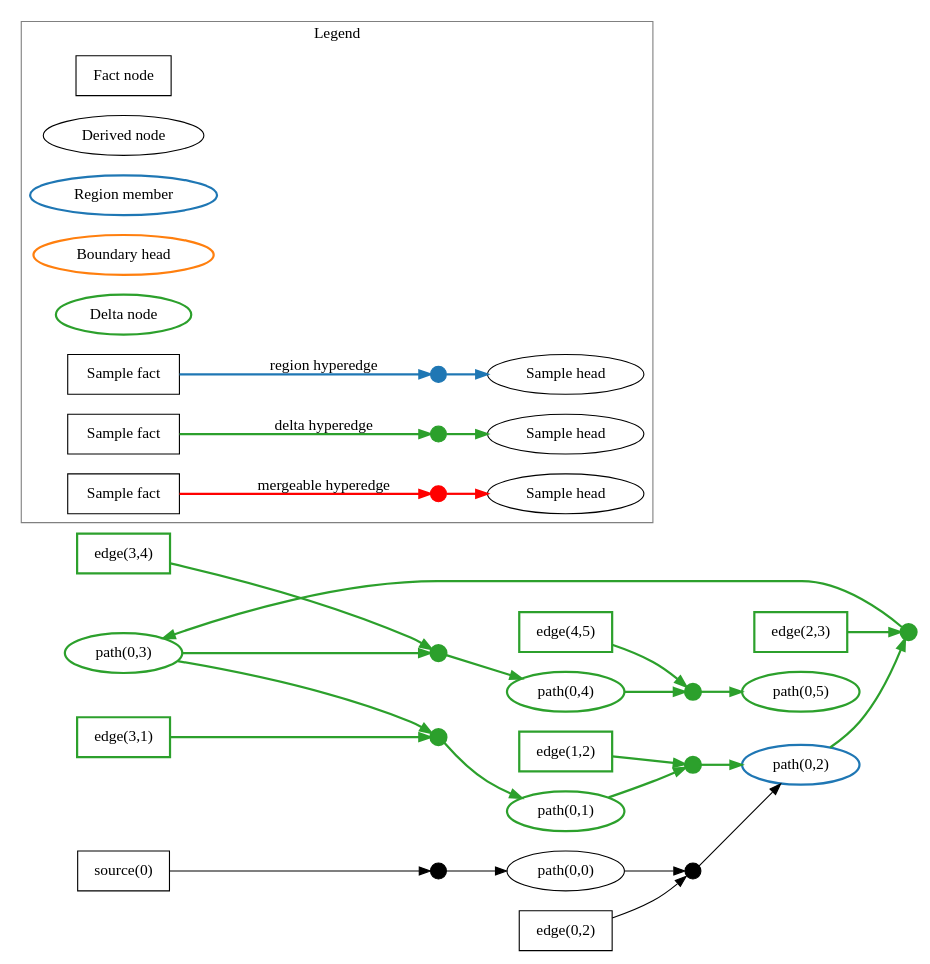
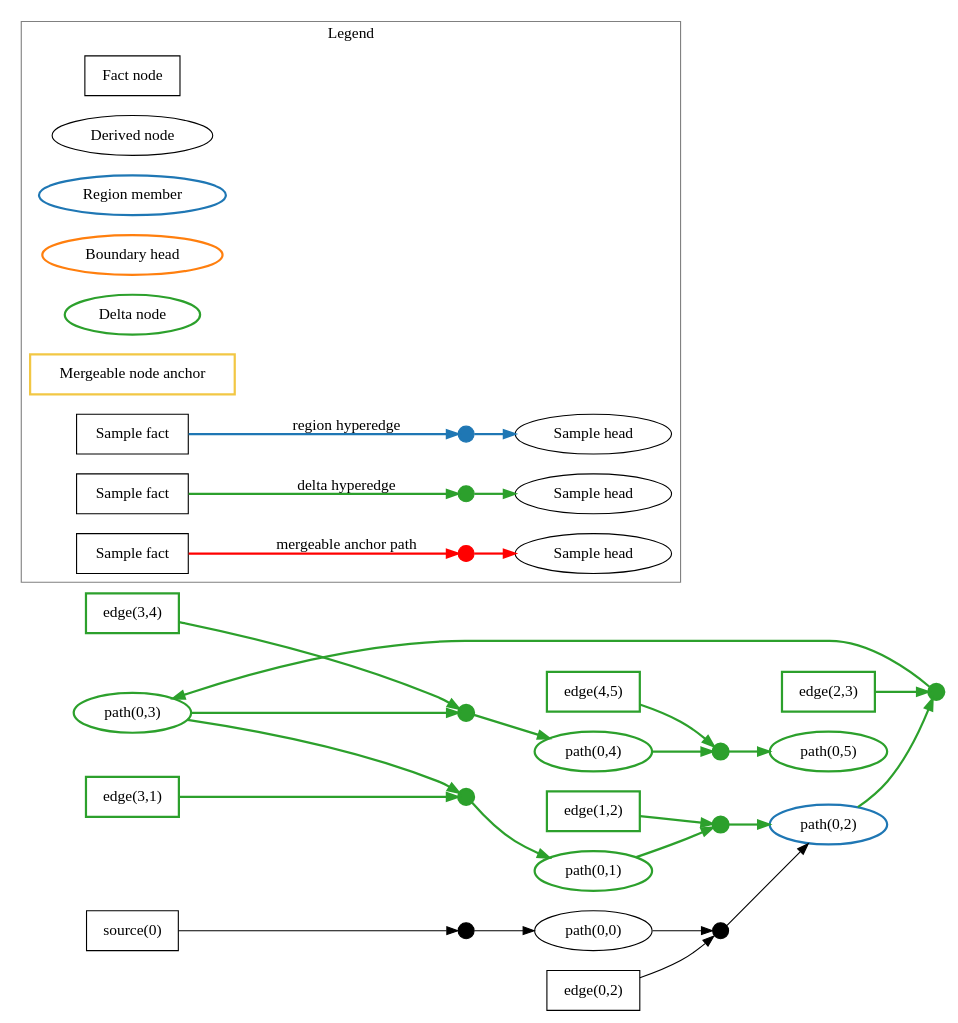
One commit to Hughshine/souffle changed the diagram in examples/cycle_repair_path/example_output/inc-region-2.dot. Above: the diagram before and after it, drawn with Graphviz. The commit also changed 75 other files, not shown here.

```diff
--- a/examples/cycle_repair_path/example_output/inc-region-2.dot
+++ b/examples/cycle_repair_path/example_output/inc-region-2.dot
@@ -1,67 +1,68 @@
 digraph G {
   rankdir=LR;
   "edge(3,4)" [shape=box, penwidth=2, color="#2ca02c"];
   "edge(1,2)" [shape=box, penwidth=2, color="#2ca02c"];
   "source(0)" [shape=box, penwidth=1, color="black"];
   "edge(3,1)" [shape=box, penwidth=2, color="#2ca02c"];
   "edge(4,5)" [shape=box, penwidth=2, color="#2ca02c"];
   "path(0,0)" [shape=ellipse, penwidth=1, color="black"];
   "edge(0,2)" [shape=box, penwidth=1, color="black"];
-  "path(0,1)" [shape=ellipse, penwidth=2, color="#2ca02c"];
   "edge(2,3)" [shape=box, penwidth=2, color="#2ca02c"];
   "path(0,5)" [shape=ellipse, penwidth=2, color="#2ca02c"];
+  "path(0,2)" [shape=ellipse, penwidth=2, color="#1f77b4"];
   "path(0,4)" [shape=ellipse, penwidth=2, color="#2ca02c"];
+  "path(0,1)" [shape=ellipse, penwidth=2, color="#2ca02c"];
   "path(0,3)" [shape=ellipse, penwidth=2, color="#2ca02c"];
-  "path(0,2)" [shape=ellipse, penwidth=2, color="#1f77b4"];
-  "edge_node_94287047438832" [shape=point, width=0.2, height=0.2, label="", style=filled, color="black", fillcolor="black", penwidth=1];
-  "source(0)" -> "edge_node_94287047438832" [color="black", penwidth=1, style=solid];
-  "edge_node_94287047438832" -> "path(0,0)" [color="black", penwidth=1, style=solid];
-  "edge_node_94287047573760" [shape=point, width=0.2, height=0.2, label="", style=filled, color="#2ca02c", fillcolor="#2ca02c", penwidth=2];
-  "path(0,4)" -> "edge_node_94287047573760" [color="#2ca02c", penwidth=2, style=solid];
-  "edge(4,5)" -> "edge_node_94287047573760" [color="#2ca02c", penwidth=2, style=solid];
-  "edge_node_94287047573760" -> "path(0,5)" [color="#2ca02c", penwidth=2, style=solid];
-  "edge_node_94287047638672" [shape=point, width=0.2, height=0.2, label="", style=filled, color="#2ca02c", fillcolor="#2ca02c", penwidth=2];
-  "path(0,1)" -> "edge_node_94287047638672" [color="#2ca02c", penwidth=2, style=solid];
-  "edge(1,2)" -> "edge_node_94287047638672" [color="#2ca02c", penwidth=2, style=solid];
-  "edge_node_94287047638672" -> "path(0,2)" [color="#2ca02c", penwidth=2, style=solid];
-  "edge_node_94287047639216" [shape=point, width=0.2, height=0.2, label="", style=filled, color="#2ca02c", fillcolor="#2ca02c", penwidth=2];
-  "path(0,3)" -> "edge_node_94287047639216" [color="#2ca02c", penwidth=2, style=solid];
-  "edge(3,4)" -> "edge_node_94287047639216" [color="#2ca02c", penwidth=2, style=solid];
-  "edge_node_94287047639216" -> "path(0,4)" [color="#2ca02c", penwidth=2, style=solid];
-  "edge_node_94287047639760" [shape=point, width=0.2, height=0.2, label="", style=filled, color="#2ca02c", fillcolor="#2ca02c", penwidth=2];
-  "path(0,3)" -> "edge_node_94287047639760" [color="#2ca02c", penwidth=2, style=solid];
-  "edge(3,1)" -> "edge_node_94287047639760" [color="#2ca02c", penwidth=2, style=solid];
-  "edge_node_94287047639760" -> "path(0,1)" [color="#2ca02c", penwidth=2, style=solid];
-  "edge_node_94287047640128" [shape=point, width=0.2, height=0.2, label="", style=filled, color="#2ca02c", fillcolor="#2ca02c", penwidth=2];
-  "path(0,2)" -> "edge_node_94287047640128" [color="#2ca02c", penwidth=2, style=solid];
-  "edge(2,3)" -> "edge_node_94287047640128" [color="#2ca02c", penwidth=2, style=solid];
-  "edge_node_94287047640128" -> "path(0,3)" [color="#2ca02c", penwidth=2, style=solid];
-  "edge_node_94287047640496" [shape=point, width=0.2, height=0.2, label="", style=filled, color="black", fillcolor="black", penwidth=1];
-  "path(0,0)" -> "edge_node_94287047640496" [color="black", penwidth=1, style=solid];
-  "edge(0,2)" -> "edge_node_94287047640496" [color="black", penwidth=1, style=solid];
-  "edge_node_94287047640496" -> "path(0,2)" [color="black", penwidth=1, style=solid];
+  "edge_node_6" [shape=point, width=0.2, height=0.2, label="", style=filled, color="black", fillcolor="black", penwidth=1];
+  "source(0)" -> "edge_node_6" [color="black", penwidth=1, style=solid];
+  "edge_node_6" -> "path(0,0)" [color="black", penwidth=1, style=solid];
+  "edge_node_13" [shape=point, width=0.2, height=0.2, label="", style=filled, color="#2ca02c", fillcolor="#2ca02c", penwidth=2];
+  "path(0,4)" -> "edge_node_13" [color="#2ca02c", penwidth=2, style=solid];
+  "edge(4,5)" -> "edge_node_13" [color="#2ca02c", penwidth=2, style=solid];
+  "edge_node_13" -> "path(0,5)" [color="#2ca02c", penwidth=2, style=solid];
+  "edge_node_14" [shape=point, width=0.2, height=0.2, label="", style=filled, color="#2ca02c", fillcolor="#2ca02c", penwidth=2];
+  "path(0,1)" -> "edge_node_14" [color="#2ca02c", penwidth=2, style=solid];
+  "edge(1,2)" -> "edge_node_14" [color="#2ca02c", penwidth=2, style=solid];
+  "edge_node_14" -> "path(0,2)" [color="#2ca02c", penwidth=2, style=solid];
+  "edge_node_15" [shape=point, width=0.2, height=0.2, label="", style=filled, color="#2ca02c", fillcolor="#2ca02c", penwidth=2];
+  "path(0,3)" -> "edge_node_15" [color="#2ca02c", penwidth=2, style=solid];
+  "edge(3,4)" -> "edge_node_15" [color="#2ca02c", penwidth=2, style=solid];
+  "edge_node_15" -> "path(0,4)" [color="#2ca02c", penwidth=2, style=solid];
+  "edge_node_16" [shape=point, width=0.2, height=0.2, label="", style=filled, color="#2ca02c", fillcolor="#2ca02c", penwidth=2];
+  "path(0,3)" -> "edge_node_16" [color="#2ca02c", penwidth=2, style=solid];
+  "edge(3,1)" -> "edge_node_16" [color="#2ca02c", penwidth=2, style=solid];
+  "edge_node_16" -> "path(0,1)" [color="#2ca02c", penwidth=2, style=solid];
+  "edge_node_17" [shape=point, width=0.2, height=0.2, label="", style=filled, color="#2ca02c", fillcolor="#2ca02c", penwidth=2];
+  "path(0,2)" -> "edge_node_17" [color="#2ca02c", penwidth=2, style=solid];
+  "edge(2,3)" -> "edge_node_17" [color="#2ca02c", penwidth=2, style=solid];
+  "edge_node_17" -> "path(0,3)" [color="#2ca02c", penwidth=2, style=solid];
+  "edge_node_12" [shape=point, width=0.2, height=0.2, label="", style=filled, color="black", fillcolor="black", penwidth=1];
+  "path(0,0)" -> "edge_node_12" [color="black", penwidth=1, style=solid];
+  "edge(0,2)" -> "edge_node_12" [color="black", penwidth=1, style=solid];
+  "edge_node_12" -> "path(0,2)" [color="black", penwidth=1, style=solid];
   subgraph cluster_legend {
     label="Legend";
     color=gray;
     legend_fact [shape=box, label="Fact node"];
     legend_derived [shape=ellipse, label="Derived node"];
     legend_region [shape=ellipse, penwidth=2, color="#1f77b4", label="Region member"];
     legend_boundary [shape=ellipse, penwidth=2, color="#ff7f0e", label="Boundary head"];
     legend_delta_node [shape=ellipse, penwidth=2, color="#2ca02c", label="Delta node"];
+    legend_anchor_node [shape=box, penwidth=2, color="#f2c744", label="Mergeable node anchor"];
     legend_src_region [shape=box, label="Sample fact"];
     legend_dst_region [shape=ellipse, label="Sample head"];
     legend_hyper_region [shape=point, width=0.2, height=0.2, label="", style=filled, color="#1f77b4", fillcolor="#1f77b4"];
     legend_src_region -> legend_hyper_region [color="#1f77b4", penwidth=2, label="region hyperedge"];
     legend_hyper_region -> legend_dst_region [color="#1f77b4", penwidth=2];
     legend_src_delta [shape=box, label="Sample fact"];
     legend_dst_delta [shape=ellipse, label="Sample head"];
     legend_hyper_delta [shape=point, width=0.2, height=0.2, label="", style=filled, color="#2ca02c", fillcolor="#2ca02c"];
     legend_src_delta -> legend_hyper_delta [color="#2ca02c", penwidth=2, label="delta hyperedge"];
     legend_hyper_delta -> legend_dst_delta [color="#2ca02c", penwidth=2];
     legend_src_merge [shape=box, label="Sample fact"];
     legend_dst_merge [shape=ellipse, label="Sample head"];
     legend_hyper_merge [shape=point, width=0.2, height=0.2, label="", style=filled, color="red", fillcolor="red"];
-    legend_src_merge -> legend_hyper_merge [color="red", penwidth=2, label="mergeable hyperedge"];
+    legend_src_merge -> legend_hyper_merge [color="red", penwidth=2, label="mergeable anchor path"];
     legend_hyper_merge -> legend_dst_merge [color="red", penwidth=2];
   }
 }
```
